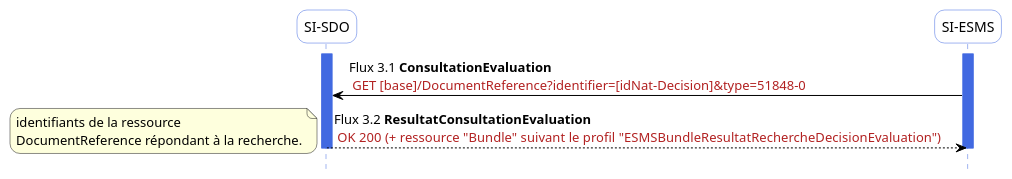
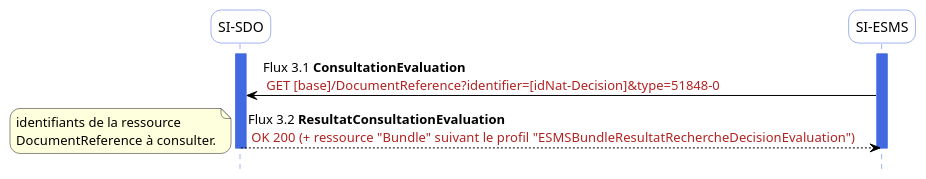
The diagram in input/images-source/flux3.plantuml (ansforge/IG-fhir-medicosocial-suivi-decisions-orientation), drawn with PlantUML before and after one commit.

Commit message:
modif diagramme uml flux 3.1

```diff
--- a/input/images-source/flux3.plantuml
+++ b/input/images-source/flux3.plantuml
@@ -1,34 +1,34 @@
 @startuml flux3
 hide footbox
 
 skinparam sequence {
  arrowColor black
  ParticipantBorderColor RoyalBlue
  ParticipantBackgroundColor white
  LifeLineBorderColor RoyalBlue
  LifeLineBackgroundColor RoyalBlue
  ParticipantFontSize 14
  ParticipantFontName arial
  ParticipantPadding 20
 }
 skinparam  roundcorner 20
 
 
 participant "SI-SDO" as SDO
 participant "SI-ESMS" as ESMS
 activate SDO
 activate ESMS
 
 
 ESMS-[#black]> SDO : Flux 3.1 **ConsultationEvaluation** \n <color #FireBrick>GET [base]/DocumentReference?identifier=[idNat-Decision]&type=51848-0</color>
 SDO-[#black]-> ESMS: Flux 3.2 **ResultatConsultationEvaluation** \n <color #FireBrick>OK 200 (+ ressource "Bundle"  suivant le profil "ESMSBundleResultatRechercheDecisionEvaluation")</color>
 
 note left
 identifiants de la ressource 
-DocumentReference répondant à la recherche.
+DocumentReference à consulter.
 end note
 
 
 deactivate SDO
 deactivate ESMS
 @enduml
```
